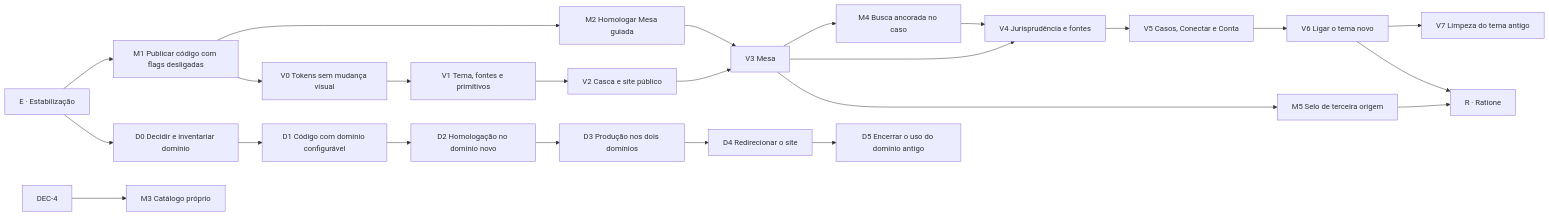
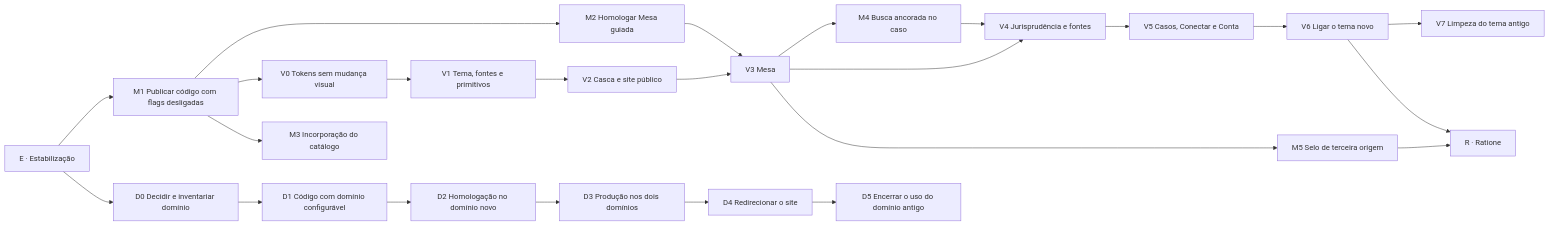
Before and after one commit to junior-aguiar-eng/ForgeLex: the diagram in docs/superpowers/plans/2026-11-11-forgelex-plano-unificado.md, drawn with Mermaid. The commit also changed other lines of this file, not shown here.

First line of the commit message:
docs: decidir DEC-4 e transformar M3 em incorporação das 2.077 fichas

````diff
--- a/docs/superpowers/plans/2026-11-11-forgelex-plano-unificado.md
+++ b/docs/superpowers/plans/2026-11-11-forgelex-plano-unificado.md
@@ -81,26 +81,26 @@
 ```mermaid
 flowchart LR
     E["E · Estabilização"] --> M1["M1 Publicar código com flags desligadas"]
     M1 --> M2["M2 Homologar Mesa guiada"]
     M1 --> V0["V0 Tokens sem mudança visual"]
     V0 --> V1["V1 Tema, fontes e primitivos"]
     V1 --> V2["V2 Casca e site público"]
     V2 --> V3["V3 Mesa"]
     M2 --> V3
     V3 --> M4["M4 Busca ancorada no caso"]
     V3 --> V4["V4 Jurisprudência e fontes"]
     M4 --> V4
     V4 --> V5["V5 Casos, Conectar e Conta"]
     V5 --> V6["V6 Ligar o tema novo"]
     V6 --> V7["V7 Limpeza do tema antigo"]
     E --> D0["D0 Decidir e inventariar domínio"]
     D0 --> D1["D1 Código com domínio configurável"]
     D1 --> D2["D2 Homologação no domínio novo"]
     D2 --> D3["D3 Produção nos dois domínios"]
     D3 --> D4["D4 Redirecionar o site"]
     D4 --> D5["D5 Encerrar o uso do domínio antigo"]
-    DEC4["DEC-4"] --> M3["M3 Catálogo próprio"]
+    M1 --> M3["M3 Incorporação do catálogo"]
     V3 --> M5["M5 Selo de terceira origem"]
     M5 --> R["R · Ratione"]
     V6 --> R
 ```
````
